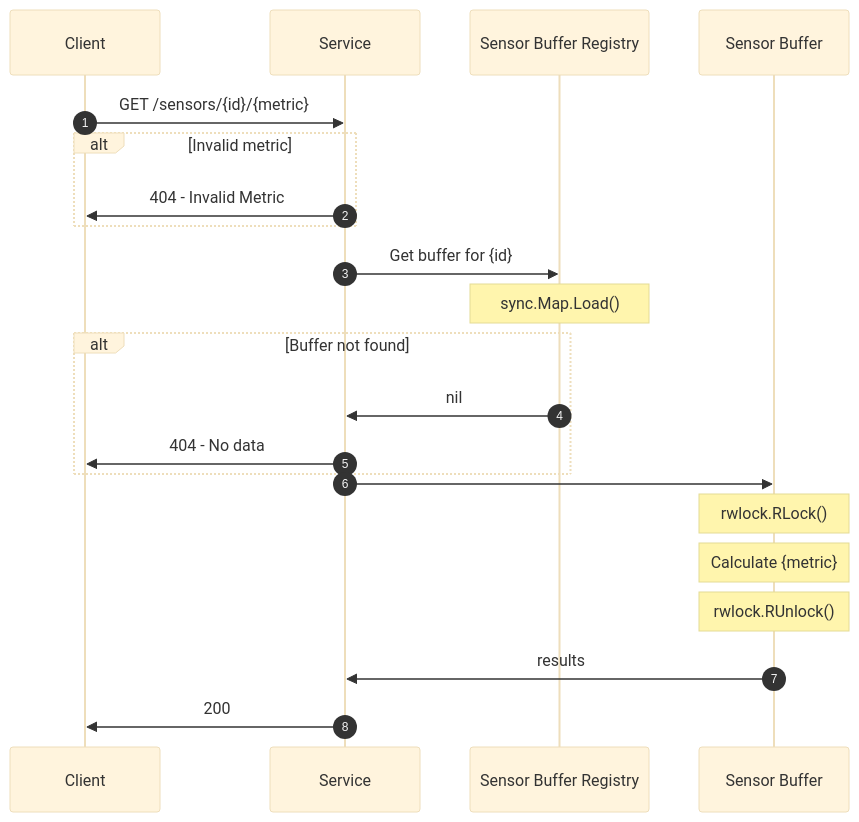
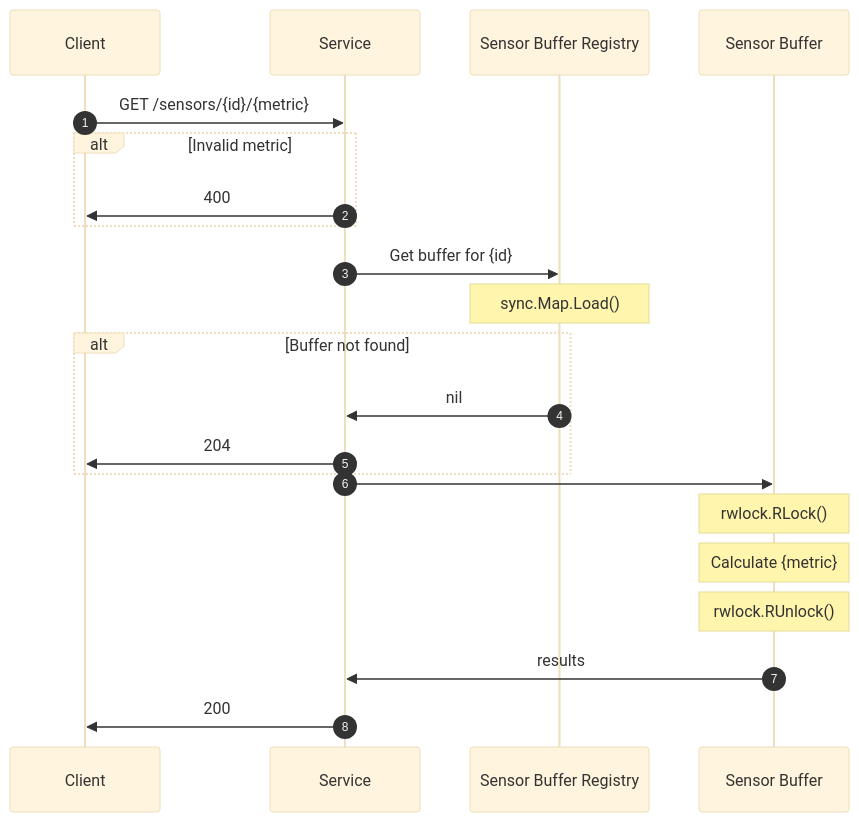
One commit to s0cks/sp-interview-prep-01 changed the fifth of 5 diagrams in docs/Architecture.md. Above: the diagram before and after it, drawn with Mermaid (base theme). The commit also changed other lines of this file and 7 other files, not shown here.

````diff
--- a/docs/Architecture.md
+++ b/docs/Architecture.md
@@ -114,27 +148,27 @@
 ```mermaid
 sequenceDiagram
     autonumber
     participant Client as Client
     participant Service as Service
     participant Registry as Sensor Buffer Registry
     participant Buffer as Sensor Buffer
 
     Client->>Service: GET /sensors/{id}/{metric}
     alt Invalid metric
-        Service->>Client: 404 - Invalid Metric
+        Service->>Client: 400
     end
 
     Service->>Registry: Get buffer for {id}
     Note over Registry: sync.Map.Load()
     alt Buffer not found
         Registry->>Service: nil
-        Service->>Client: 404 - No data
+        Service->>Client: 204
     end
 
     Service->>Buffer:
     Note over Buffer: rwlock.RLock()
     Note over Buffer: Calculate {metric}
     Note over Buffer: rwlock.RUnlock()
     Buffer->>Service: results
     Service->>Client: 200
 ```
````
